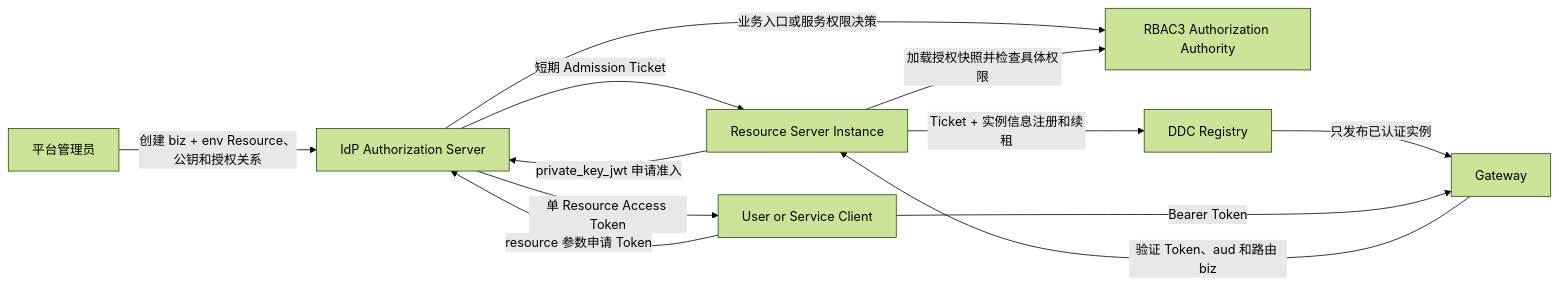
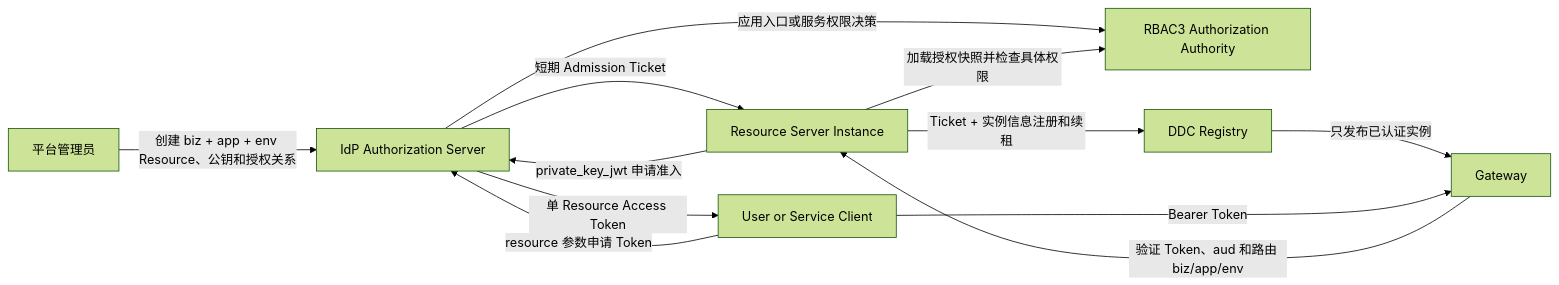
One commit to AllenDEricDAlexander/Egon-COLA changed the diagram in docs/superpowers/specs/2026-08-10-oauth2-resource-server-admission-design.md. Above: the diagram before and after it, drawn with Mermaid (forest theme). The commit also changed other lines of this file, not shown here.

Commit message:
docs(idp): scope resource servers by app

````diff
--- a/docs/superpowers/specs/2026-08-10-oauth2-resource-server-admission-design.md
+++ b/docs/superpowers/specs/2026-08-10-oauth2-resource-server-admission-design.md
@@ -124,22 +140,22 @@
 ```mermaid
 flowchart LR
     Admin["平台管理员"]
     IdP["IdP Authorization Server"]
     RBAC3["RBAC3 Authorization Authority"]
     Service["Resource Server Instance"]
     DDC["DDC Registry"]
     Gateway["Gateway"]
     Client["User or Service Client"]
 
-    Admin -->|"创建 biz + env Resource、公钥和授权关系"| IdP
+    Admin -->|"创建 biz + app + env Resource、公钥和授权关系"| IdP
     Service -->|"private_key_jwt 申请准入"| IdP
     IdP -->|"短期 Admission Ticket"| Service
     Service -->|"Ticket + 实例信息注册和续租"| DDC
     DDC -->|"只发布已认证实例"| Gateway
     Client -->|"resource 参数申请 Token"| IdP
-    IdP -->|"业务入口或服务权限决策"| RBAC3
+    IdP -->|"应用入口或服务权限决策"| RBAC3
     IdP -->|"单 Resource Access Token"| Client
     Client -->|"Bearer Token"| Gateway
-    Gateway -->|"验证 Token、aud 和路由 biz"| Service
+    Gateway -->|"验证 Token、aud 和路由 biz/app/env"| Service
     Service -->|"加载授权快照并检查具体权限"| RBAC3
 ```
````
